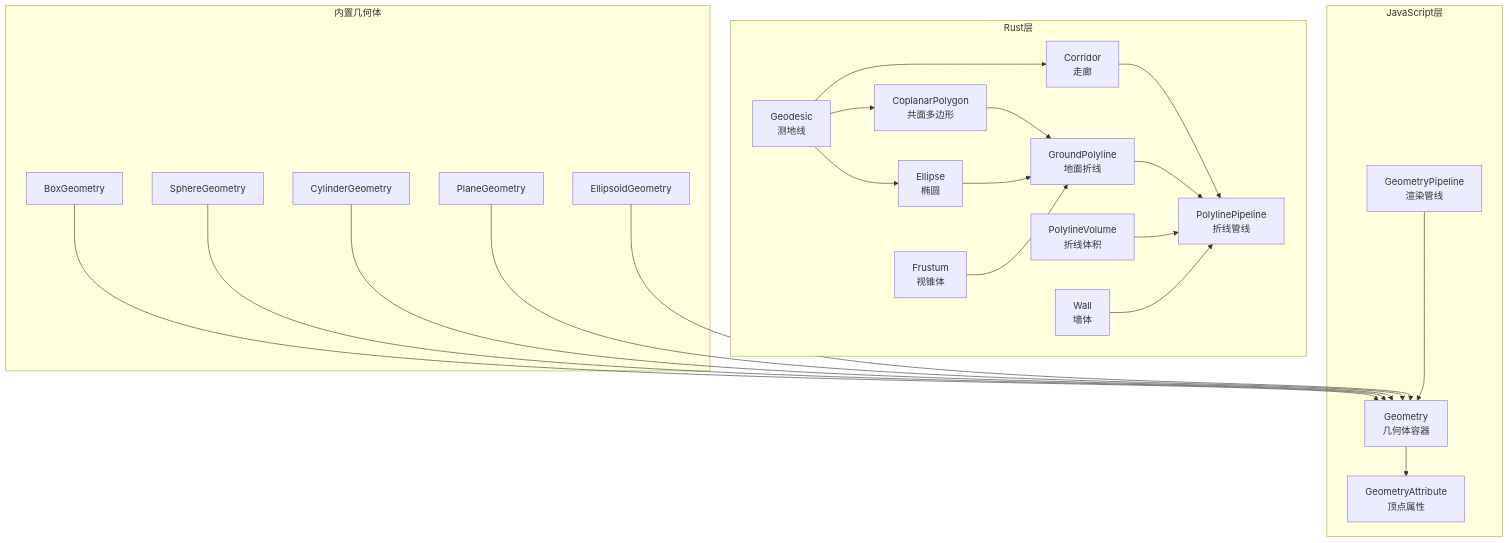
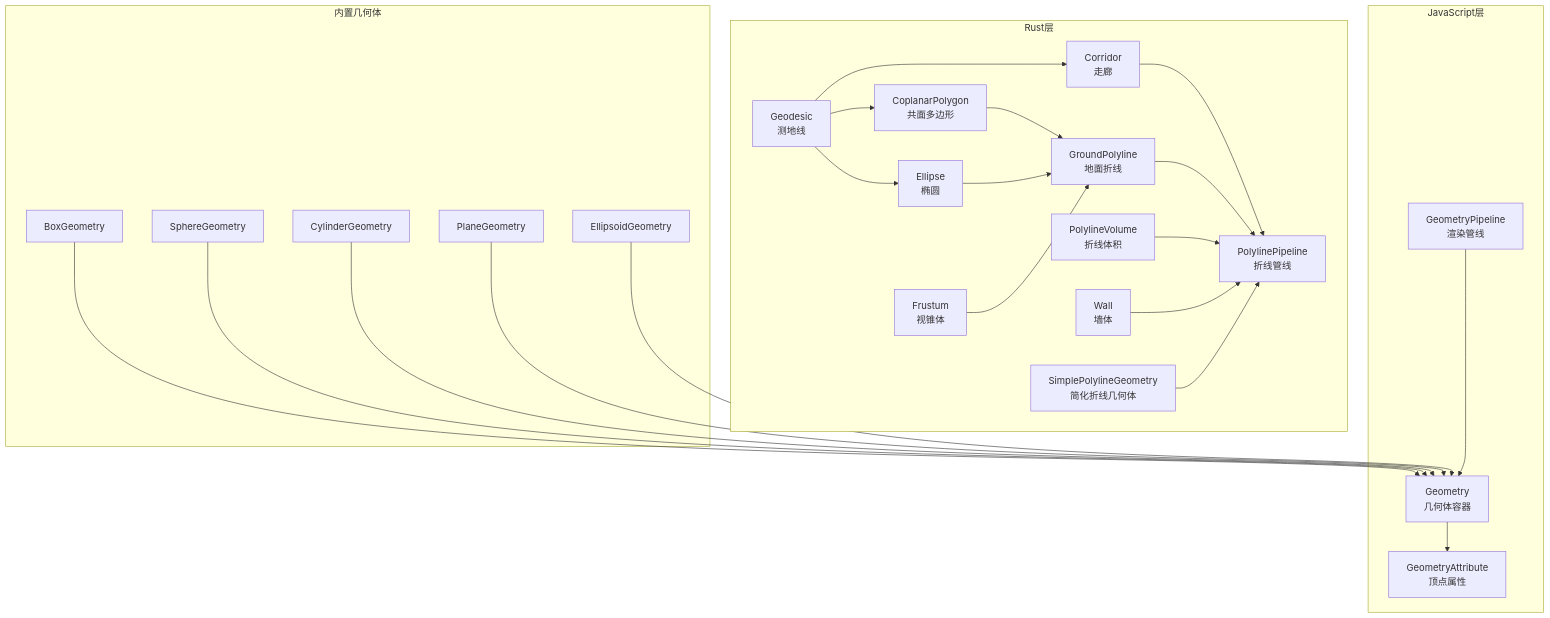
Before and after one commit to rzhangjing/cesium: the first of 6 diagrams in .qoder/repowiki/zh/content/项目概述/核心特性/实体与几何体系统/几何体处理.md, drawn with Mermaid. The commit also changed other lines of this file and 32 other files, not shown here.

````diff
--- a/.qoder/repowiki/zh/content/项目概述/核心特性/实体与几何体系统/几何体处理.md
+++ b/.qoder/repowiki/zh/content/项目概述/核心特性/实体与几何体系统/几何体处理.md
@@ -68,43 +68,45 @@
 ```mermaid
 graph TB
 subgraph "JavaScript层"
 G["Geometry<br/>几何体容器"]
 GA["GeometryAttribute<br/>顶点属性"]
 GP["GeometryPipeline<br/>渲染管线"]
 end
 subgraph "Rust层"
 CP["CoplanarPolygon<br/>共面多边形"]
 CR["Corridor<br/>走廊"]
 EL["Ellipse<br/>椭圆"]
 FR["Frustum<br/>视锥体"]
 GP2["GroundPolyline<br/>地面折线"]
 PV["PolylineVolume<br/>折线体积"]
 WL["Wall<br/>墙体"]
 GD["Geodesic<br/>测地线"]
 PP["PolylinePipeline<br/>折线管线"]
+SPG["SimplePolylineGeometry<br/>简化折线几何体"]
 end
 subgraph "内置几何体"
 B["BoxGeometry"]
 S["SphereGeometry"]
 C["CylinderGeometry"]
 P["PlaneGeometry"]
 E["EllipsoidGeometry"]
 end
 G --> GA
 B --> G
 S --> G
 C --> G
 P --> G
 E --> G
 GP --> G
 CP --> GP2
 CR --> PP
 EL --> GP2
 FR --> GP2
 GP2 --> PP
 PV --> PP
 WL --> PP
 GD --> CP
 GD --> CR
 GD --> EL
+SPG --> PP
 ```
````
